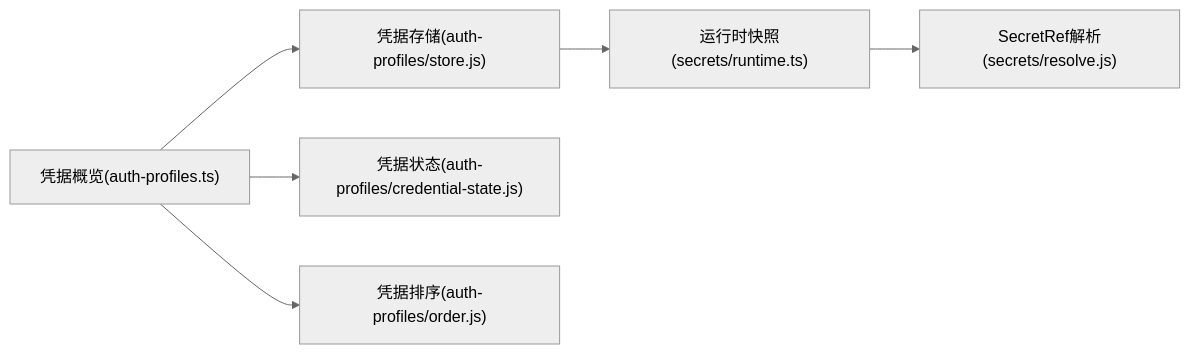
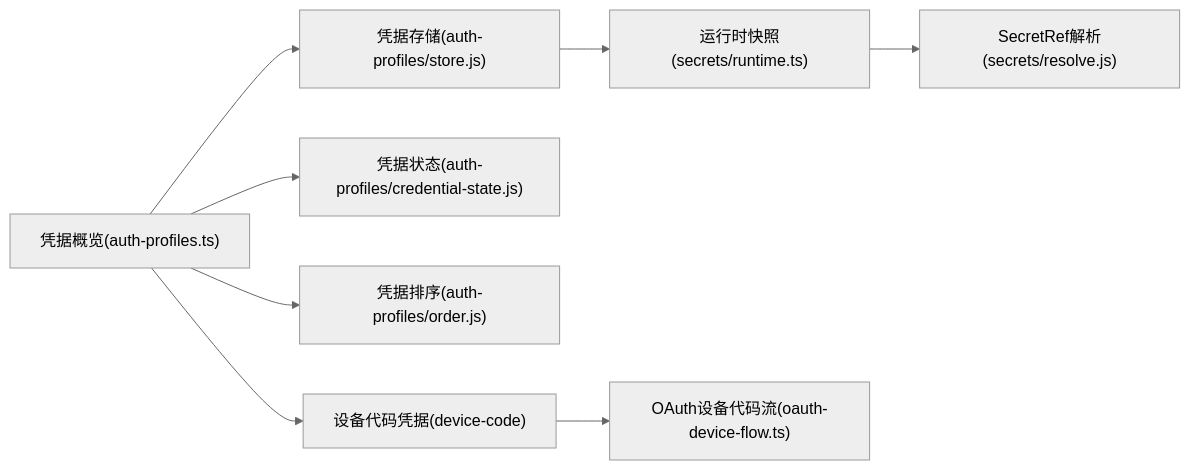
The fifth of 11 diagrams in .qoder/repowiki/zh/content/安全与配置/认证系统/认证系统.md (verse-ai-org/openclaw), drawn with Mermaid (neutral theme) before and after one commit. The commit also changed other lines of this file and 19 other files, not shown here.

````diff
--- a/.qoder/repowiki/zh/content/安全与配置/认证系统/认证系统.md
+++ b/.qoder/repowiki/zh/content/安全与配置/认证系统/认证系统.md
@@ -230,8 +276,10 @@
 ```mermaid
 graph LR
 A["凭据概览(auth-profiles.ts)"] --> B["凭据存储(auth-profiles/store.js)"]
 A --> C["凭据状态(auth-profiles/credential-state.js)"]
 A --> D["凭据排序(auth-profiles/order.js)"]
 B --> E["运行时快照(secrets/runtime.ts)"]
 E --> F["SecretRef解析(secrets/resolve.js)"]
+A --> G["设备代码凭据(device-code)"]
+G --> H["OAuth设备代码流(oauth-device-flow.ts)"]
 ```
````
